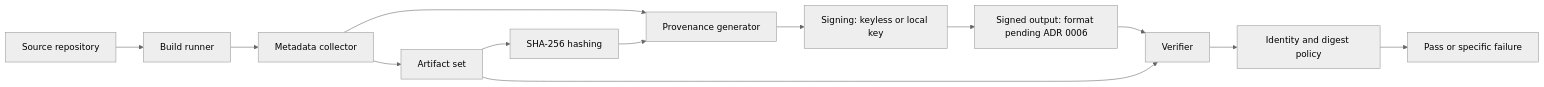
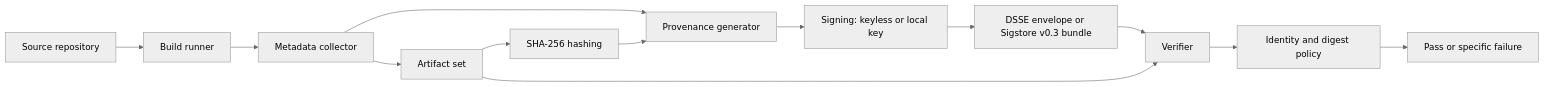
The diagram in docs/PLAN.md (Shellghostt/BuildTrace), drawn with Mermaid (neutral theme) before and after one commit. The commit also changed other lines of this file and 10 other files, not shown here.

````diff
--- a/docs/PLAN.md
+++ b/docs/PLAN.md
@@ -193,15 +195,15 @@
 ```mermaid
 flowchart LR
     SRC[Source repository] --> RUN[Build runner]
     RUN --> META[Metadata collector]
     META --> ART[Artifact set]
     ART --> HASH[SHA-256 hashing]
     META --> PROV[Provenance generator]
     HASH --> PROV
     PROV --> SIGN[Signing: keyless or local key]
-    SIGN --> OUT[Signed output: format pending ADR 0006]
+    SIGN --> OUT[DSSE envelope or Sigstore v0.3 bundle]
     OUT --> VER[Verifier]
     ART --> VER
     VER --> POLICY[Identity and digest policy]
     POLICY --> RESULT[Pass or specific failure]
 ```
````
